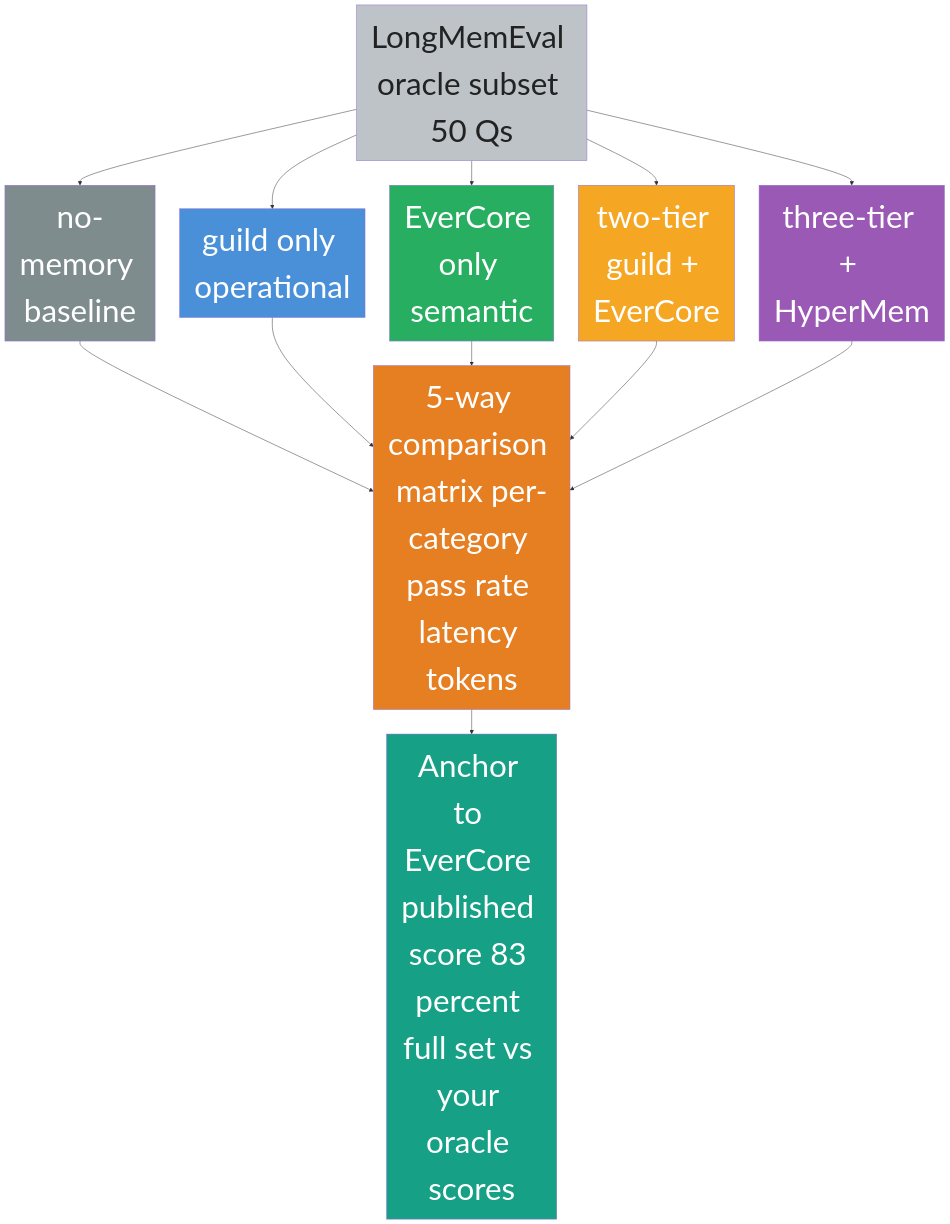
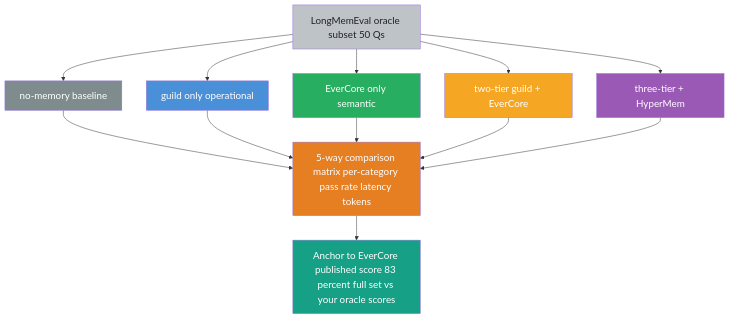
One commit to shaneliuyx/agent-development-curriculum changed the fourth of 13 diagrams in Week 3.5.9 - Requirement-Driven Memory Architecture.md. Above: the diagram before and after it, drawn with Mermaid. The commit also changed other lines of this file and 2 other files, not shown here.

First line of the commit message:
docs(diagrams): switch wide LR to TD; two-class fontSize rule (20/48px)

````diff
--- a/Week 3.5.9 - Requirement-Driven Memory Architecture.md
+++ b/Week 3.5.9 - Requirement-Driven Memory Architecture.md
@@ -251,28 +251,28 @@
 ```mermaid
-%%{init: {'theme':'default', 'themeVariables': {'fontSize':'64px'}, 'flowchart':{'useMaxWidth':false}}}%%
+%%{init: {'theme':'default', 'themeVariables': {'fontSize':'20px'}}}%%
 flowchart TD
     LME[LongMemEval oracle subset 50 Qs]
 
     LME --> A[no-memory baseline]
     LME --> B[guild only operational]
     LME --> C[EverCore only semantic]
     LME --> D[two-tier guild + EverCore]
     LME --> E[three-tier + HyperMem]
 
     A --> RES[5-way comparison matrix per-category pass rate latency tokens]
     B --> RES
     C --> RES
     D --> RES
     E --> RES
 
     RES --> ANCHOR[Anchor to EverCore published score 83 percent full set vs your oracle scores]
 
     style LME fill:#bdc3c7,color:#222
     style A fill:#7f8c8d,color:#fff
     style B fill:#4a90d9,color:#fff
     style C fill:#27ae60,color:#fff
     style D fill:#f5a623,color:#fff
     style E fill:#9b59b6,color:#fff
     style RES fill:#e67e22,color:#fff
     style ANCHOR fill:#16a085,color:#fff
 ```
````
